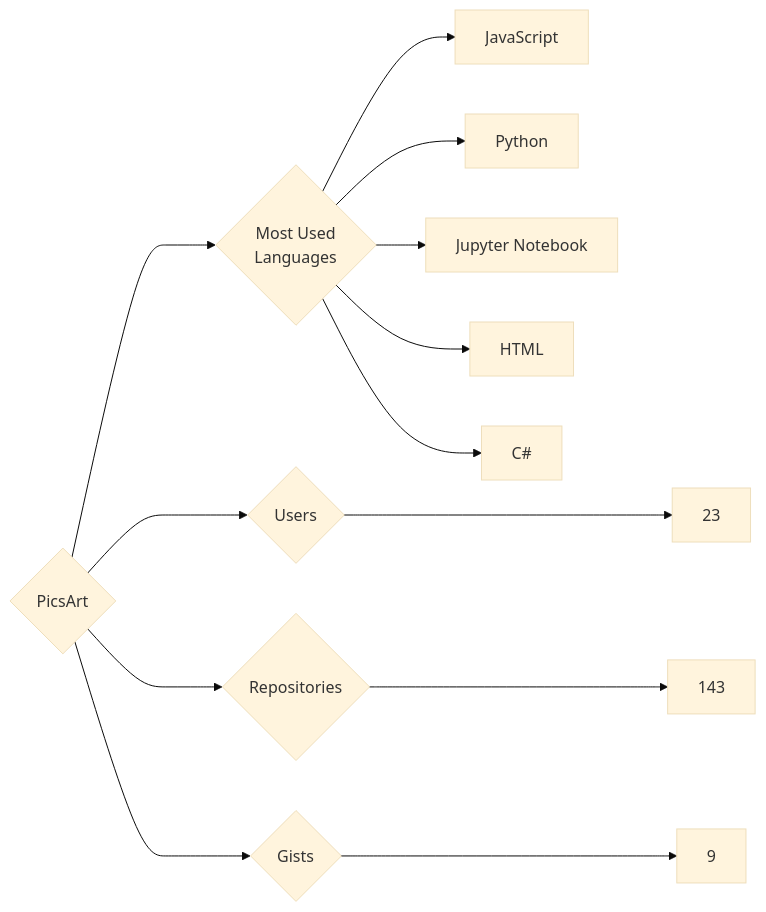
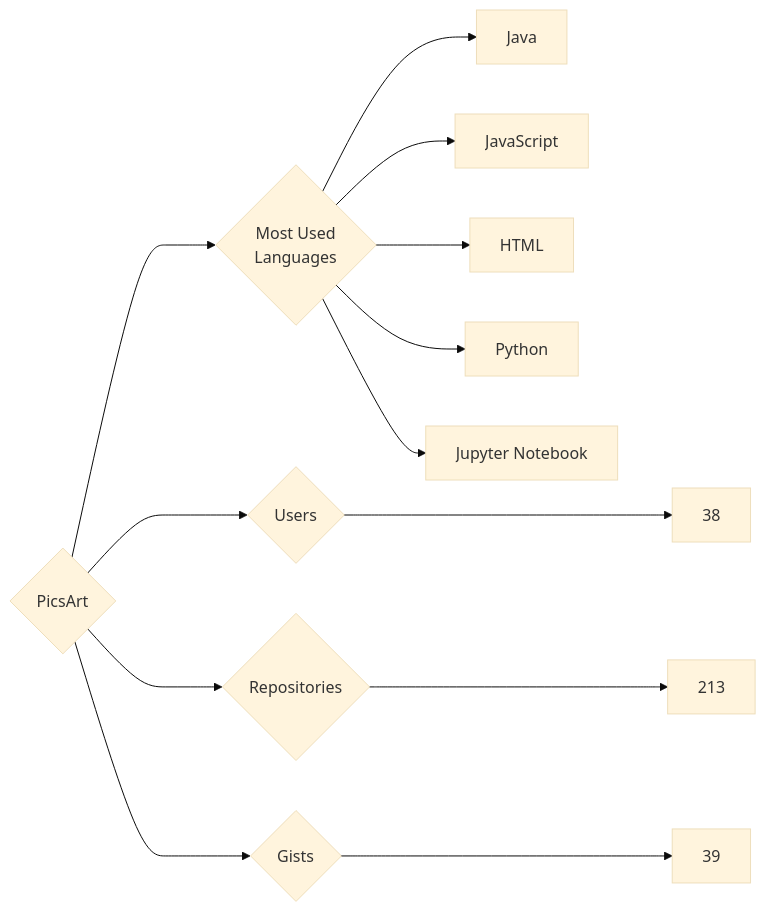
The diagram in targets/PicsArt/README.md (trickest/insiders), drawn with Mermaid (base theme) before and after one commit. The commit also changed 1011 other files, not shown here.

````diff
--- a/targets/PicsArt/README.md
+++ b/targets/PicsArt/README.md
@@ -3,13 +3,13 @@
 ```mermaid
 graph LR
 COMPANY_NAME{PicsArt}
-COMPANY_NAME ---> U{Users} ---> UN[23]
-COMPANY_NAME ---> R{Repositories} ---> RN[143]
-COMPANY_NAME ---> G{Gists} ---> GN[9]
+COMPANY_NAME ---> U{Users} ---> UN[38]
+COMPANY_NAME ---> R{Repositories} ---> RN[213]
+COMPANY_NAME ---> G{Gists} ---> GN[39]
 COMPANY_NAME ---> ML{Most Used<br>Languages}
+ML --> Java[Java]
 ML --> JavaScript[JavaScript]
+ML --> HTML[HTML]
 ML --> Python[Python]
 ML --> Jupyter_Notebook[Jupyter Notebook]
-ML --> HTML[HTML]
-ML --> C#[C#]
 ```
````
